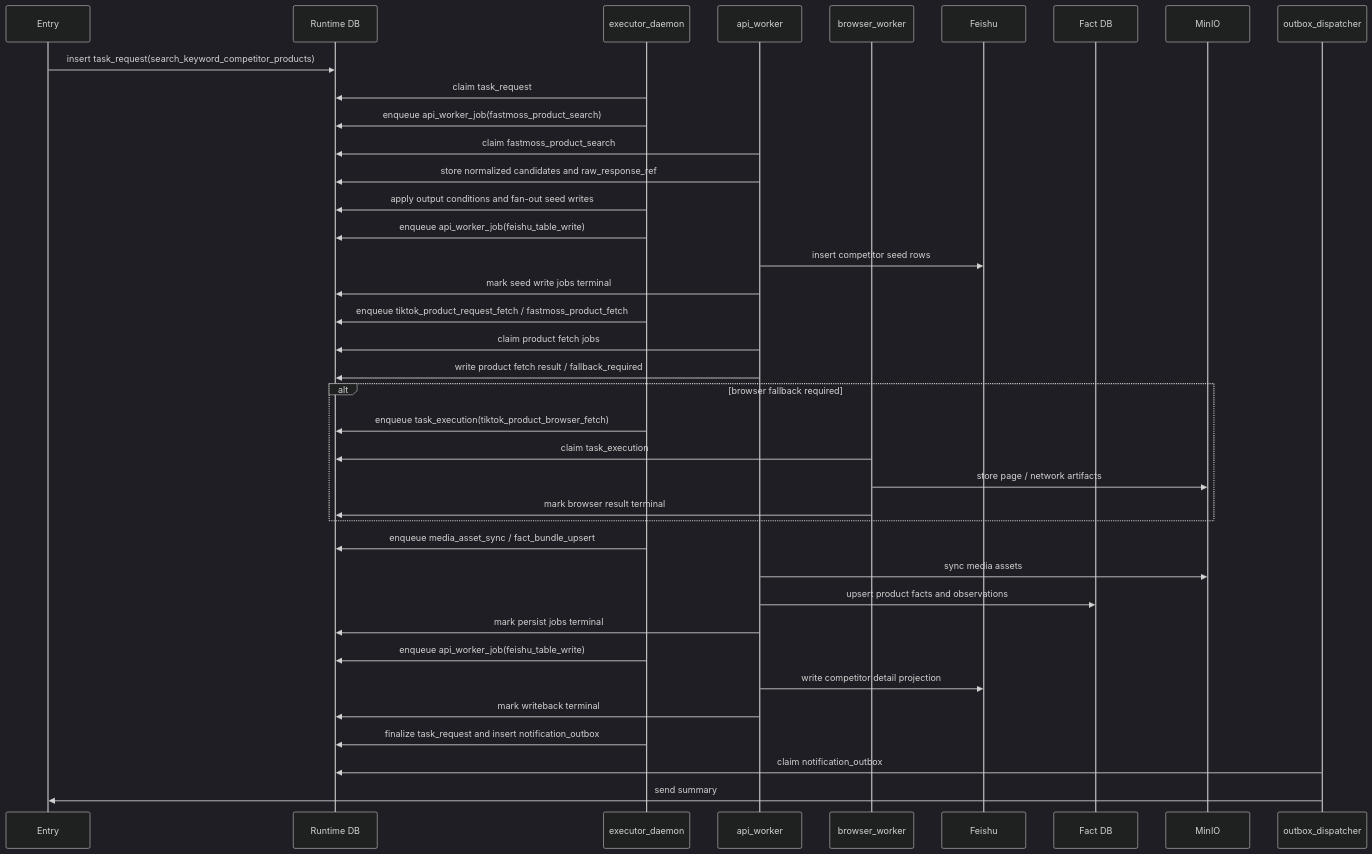
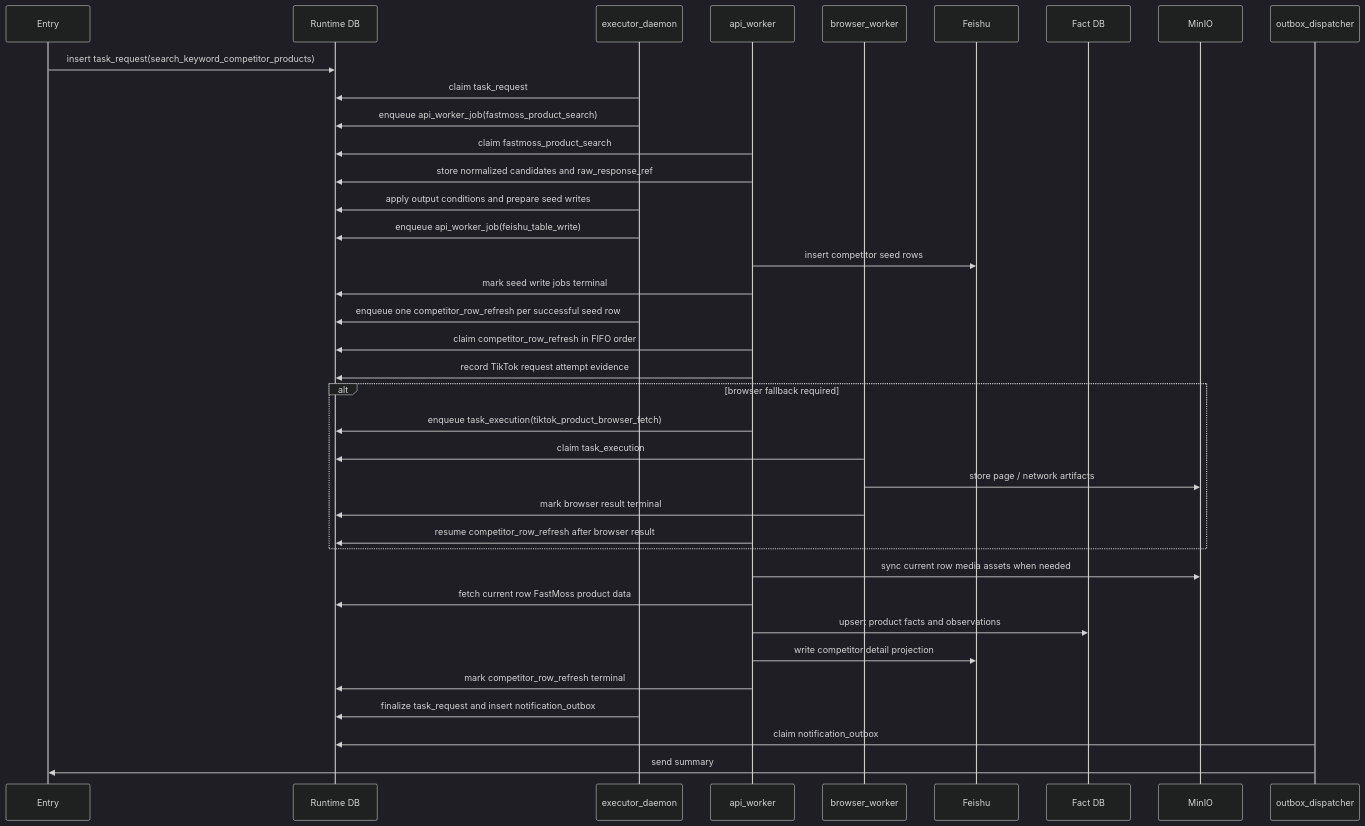
One commit to knighterrantsky/mujitask changed the fifth of 5 diagrams in docs/arch/workflow-competitor-table-design.md. Above: the diagram before and after it, drawn with Mermaid (dark theme). The commit also changed other lines of this file and 36 other files, not shown here.

Commit message:
Implement competitor row refresh pipeline

````diff
--- a/docs/arch/workflow-competitor-table-design.md
+++ b/docs/arch/workflow-competitor-table-design.md
@@ -189,41 +234,40 @@
 ```mermaid
 sequenceDiagram
     participant Entry as Entry
     participant DB as Runtime DB
     participant Exec as executor_daemon
     participant API as api_worker
     participant Browser as browser_worker
     participant Feishu as Feishu
     participant Fact as Fact DB
     participant Obj as MinIO
     participant Outbox as outbox_dispatcher
 
     Entry->>DB: insert task_request(search_keyword_competitor_products)
     Exec->>DB: claim task_request
     Exec->>DB: enqueue api_worker_job(fastmoss_product_search)
     API->>DB: claim fastmoss_product_search
     API->>DB: store normalized candidates and raw_response_ref
-    Exec->>DB: apply output conditions and fan-out seed writes
+    Exec->>DB: apply output conditions and prepare seed writes
     Exec->>DB: enqueue api_worker_job(feishu_table_write)
     API->>Feishu: insert competitor seed rows
     API->>DB: mark seed write jobs terminal
-    Exec->>DB: enqueue tiktok_product_request_fetch / fastmoss_product_fetch
-    API->>DB: claim product fetch jobs
-    API->>DB: write product fetch result / fallback_required
+    Exec->>DB: enqueue one competitor_row_refresh per successful seed row
+    API->>DB: claim competitor_row_refresh in FIFO order
+    API->>DB: record TikTok request attempt evidence
     alt browser fallback required
-        Exec->>DB: enqueue task_execution(tiktok_product_browser_fetch)
+        API->>DB: enqueue task_execution(tiktok_product_browser_fetch)
         Browser->>DB: claim task_execution
         Browser->>Obj: store page / network artifacts
         Browser->>DB: mark browser result terminal
+        API->>DB: resume competitor_row_refresh after browser result
     end
-    Exec->>DB: enqueue media_asset_sync / fact_bundle_upsert
-    API->>Obj: sync media assets
+    API->>Obj: sync current row media assets when needed
+    API->>DB: fetch current row FastMoss product data
     API->>Fact: upsert product facts and observations
-    API->>DB: mark persist jobs terminal
-    Exec->>DB: enqueue api_worker_job(feishu_table_write)
     API->>Feishu: write competitor detail projection
-    API->>DB: mark writeback terminal
+    API->>DB: mark competitor_row_refresh terminal
     Exec->>DB: finalize task_request and insert notification_outbox
     Outbox->>DB: claim notification_outbox
     Outbox->>Entry: send summary
 ```
````
